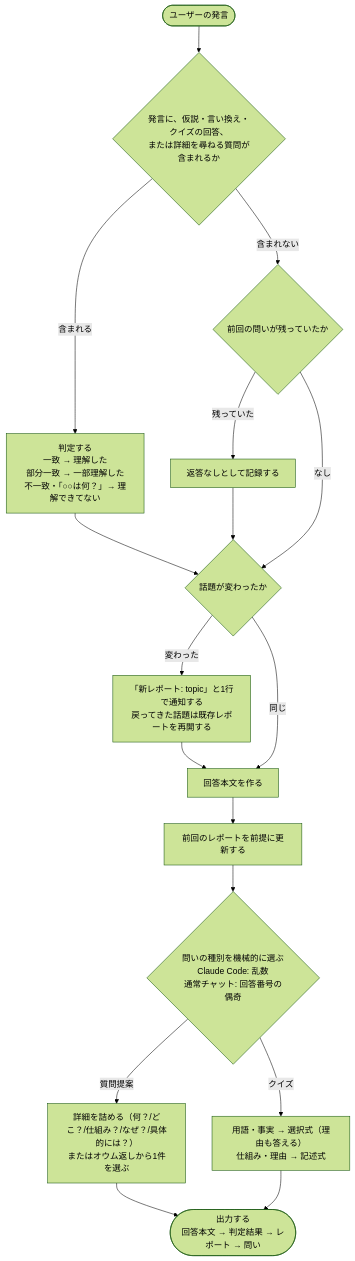
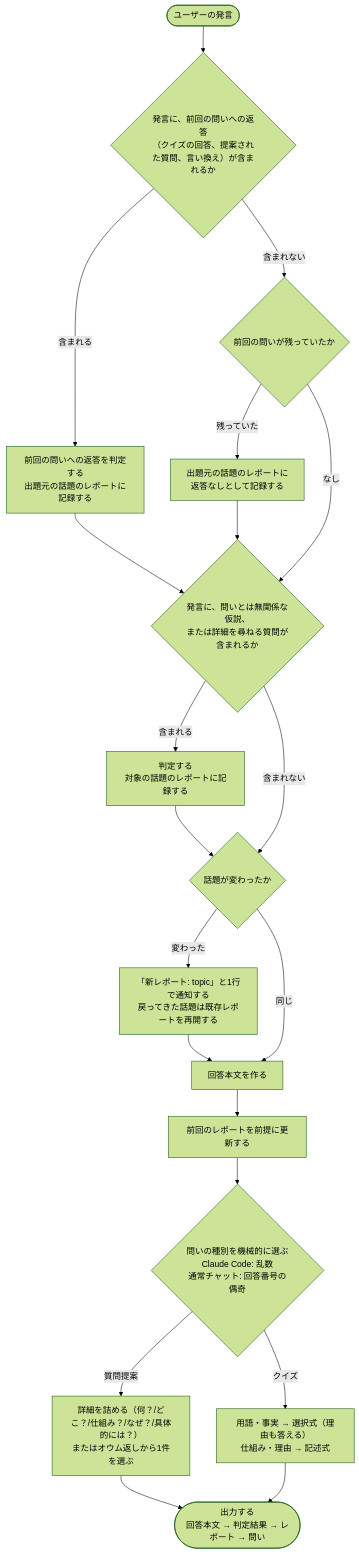
Before and after one commit to kokuto821/rikai: the diagram in openspec/specs/rikai-session-mode/spec.md, drawn with Mermaid (forest theme). The commit also changed other lines of this file and 14 other files, not shown here.

````diff
--- a/openspec/specs/rikai-session-mode/spec.md
+++ b/openspec/specs/rikai-session-mode/spec.md
@@ -69,21 +126,25 @@
 ```mermaid
 flowchart TD
-    Start(["ユーザーの発言"]) --> HasReply{"発言に、仮説・言い換え・クイズの回答、<br/>または詳細を尋ねる質問が含まれるか"}
-    HasReply -- "含まれる" --> Judge["判定する<br/>一致 → 理解した<br/>部分一致 → 一部理解した<br/>不一致・「○○は何？」→ 理解できてない"]
-    HasReply -- "含まれない" --> Pending{"前回の問いが残っていたか"}
-    Pending -- "残っていた" --> NoReply["返答なしとして記録する"]
-    Pending -- "なし" --> Topic
-    Judge --> Topic
-    NoReply --> Topic
+    Start(["ユーザーの発言"]) --> HasAnswer{"発言に、前回の問いへの返答<br/>（クイズの回答、提案された質問、言い換え）が含まれるか"}
+    HasAnswer -- "含まれる" --> JudgeAnswer["前回の問いへの返答を判定する<br/>出題元の話題のレポートに記録する"]
+    HasAnswer -- "含まれない" --> Pending{"前回の問いが残っていたか"}
+    Pending -- "残っていた" --> NoReply["出題元の話題のレポートに<br/>返答なしとして記録する"]
+    Pending -- "なし" --> HasFree
+    JudgeAnswer --> HasFree
+    NoReply --> HasFree
+    HasFree{"発言に、問いとは無関係な仮説、<br/>または詳細を尋ねる質問が含まれるか"}
+    HasFree -- "含まれる" --> JudgeFree["判定する<br/>対象の話題のレポートに記録する"]
+    HasFree -- "含まれない" --> Topic
+    JudgeFree --> Topic
     Topic{"話題が変わったか"}
     Topic -- "変わった" --> Split["「新レポート: topic」と1行で通知する<br/>戻ってきた話題は既存レポートを再開する"]
     Topic -- "同じ" --> Body
     Split --> Body
     Body["回答本文を作る"] --> Report["前回のレポートを前提に更新する"]
     Report --> Pick{"問いの種別を機械的に選ぶ<br/>Claude Code: 乱数<br/>通常チャット: 回答番号の偶奇"}
     Pick -- "質問提案" --> Ask["詳細を詰める（何？/どこ？/仕組み？/なぜ？/具体的には？）<br/>またはオウム返しから1件を選ぶ"]
     Pick -- "クイズ" --> Quiz["用語・事実 → 選択式（理由も答える）<br/>仕組み・理由 → 記述式"]
     Ask --> Out
     Quiz --> Out
     Out(["出力する<br/>回答本文 → 判定結果 → レポート → 問い"])
 ```
````
